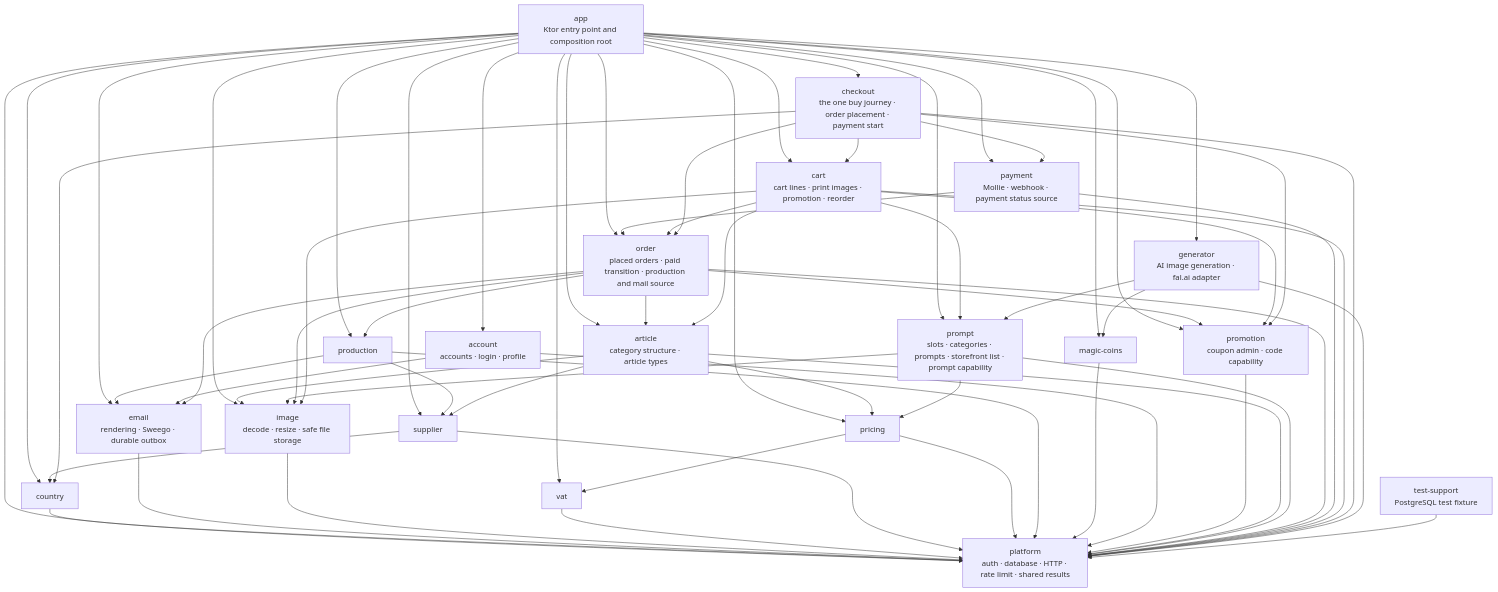
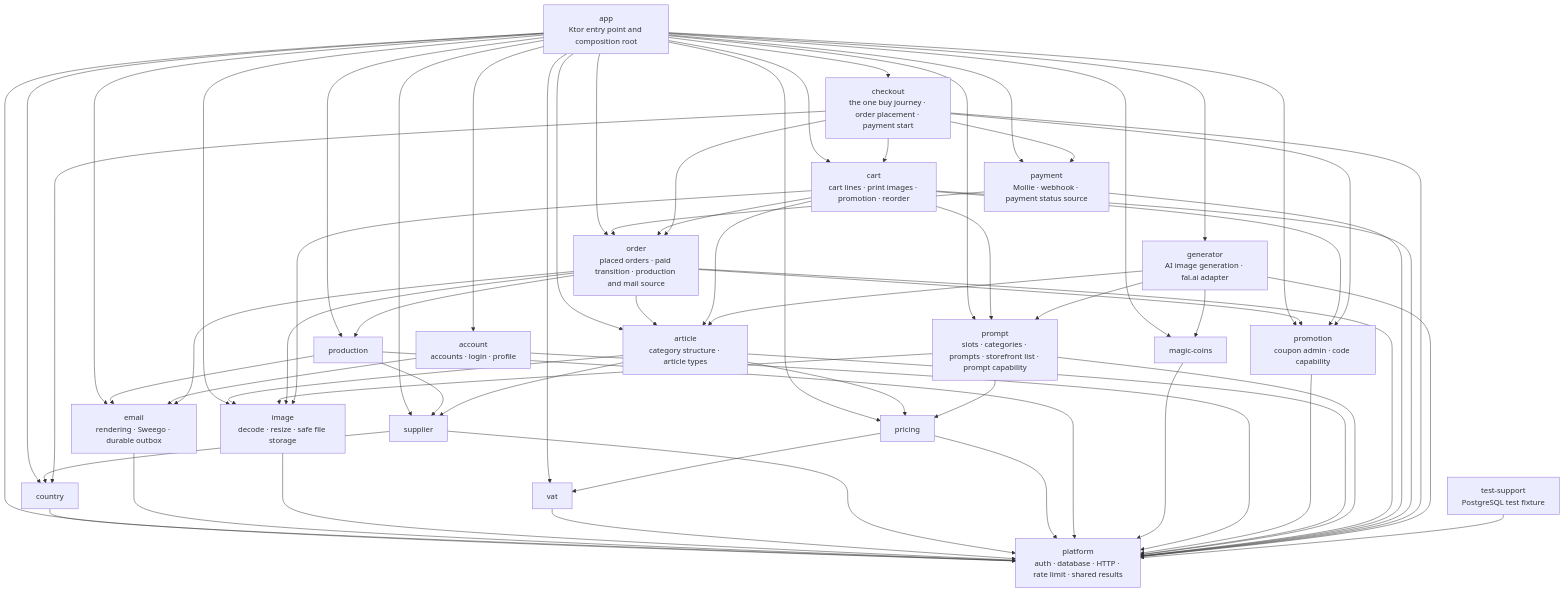
The diagram in docs/dev/backend/module-architecture.md (bitstorm-tech/voenix-shop-kotlin), drawn with Mermaid before and after one commit. The commit also changed other lines of this file and 16 other files, not shown here.

First line of the commit message:
T02: the generator takes the article's aspect ratio (#207)

```diff
--- a/docs/dev/backend/module-architecture.md
+++ b/docs/dev/backend/module-architecture.md
@@ -115,6 +115,7 @@
     Checkout --> Payment
     Checkout --> Country
     Generator --> Platform
+    Generator --> Article
     Generator --> Prompt
     Generator --> MagicCoins
     TestSupport --> Platform
```
